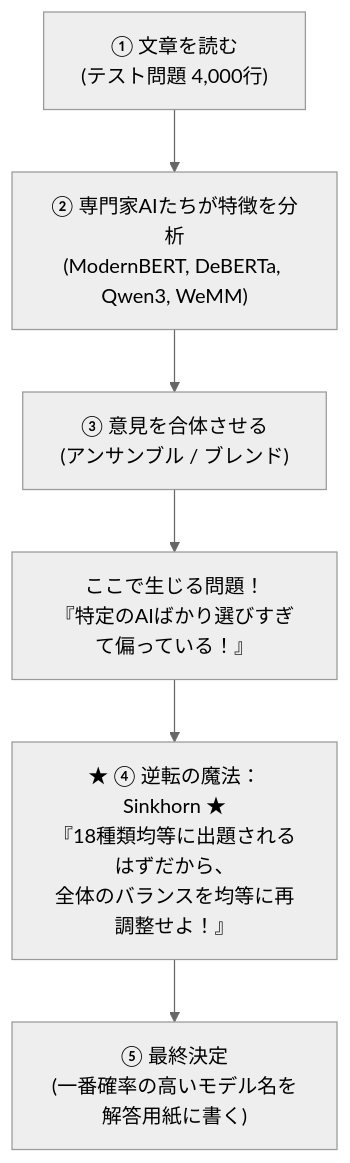
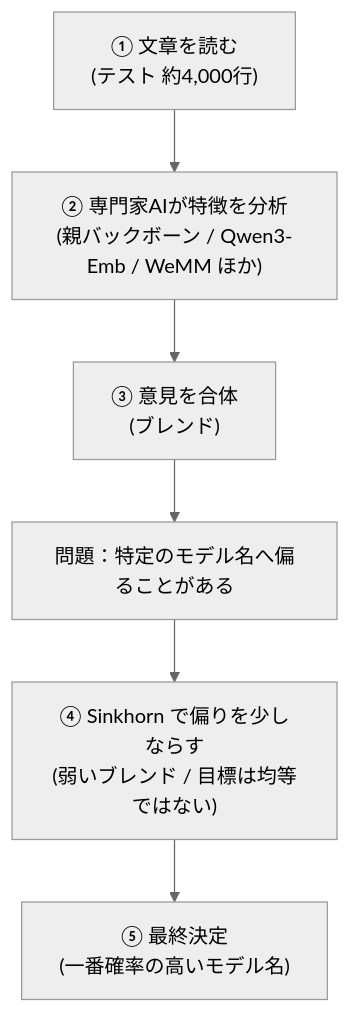
Before and after one commit to chiba244qq/name-that-llm-dashboard: the third of 4 diagrams in docs/name_that_llm_comprehensive_guide.md, drawn with Mermaid (neutral theme). The commit also changed other lines of this file and 2 other files, not shown here.

Commit message:
fix: correct Sinkhorn section, audit V57-V59 dashboard labels to reflect verified facts

````diff
--- a/docs/name_that_llm_comprehensive_guide.md
+++ b/docs/name_that_llm_comprehensive_guide.md
@@ -298,8 +291,8 @@
 ```mermaid
 flowchart TD
-    A["① 文章を読む<br>(テスト問題 4,000行)"] --> B["② 専門家AIたちが特徴を分析<br>(ModernBERT, DeBERTa, Qwen3, WeMM)"]
-    B --> C["③ 意見を合体させる<br>(アンサンブル / ブレンド)"]
-    C --> D["ここで生じる問題！<br>『特定のAIばかり選びすぎて偏っている！』"]
-    D --> E["★ ④ 逆転の魔法：Sinkhorn ★<br>『18種類均等に出題されるはずだから、<br>全体のバランスを均等に再調整せよ！』"]
-    E --> F["⑤ 最終決定<br>(一番確率の高いモデル名を解答用紙に書く)"]
+    A["① 文章を読む<br>(テスト 約4,000行)"] --> B["② 専門家AIが特徴を分析<br>(親バックボーン / Qwen3-Emb / WeMM ほか)"]
+    B --> C["③ 意見を合体<br>(ブレンド)"]
+    C --> D["問題：特定のモデル名へ偏ることがある"]
+    D --> E["④ Sinkhorn で偏りを少しならす<br>(弱いブレンド / 目標は均等ではない)"]
+    E --> F["⑤ 最終決定<br>(一番確率の高いモデル名)"]
 ```
````
